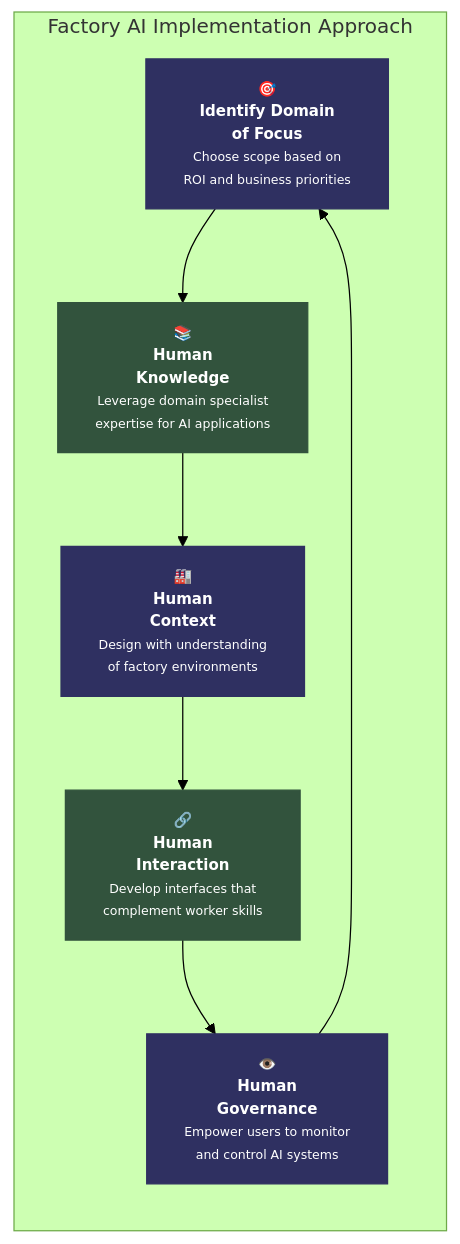
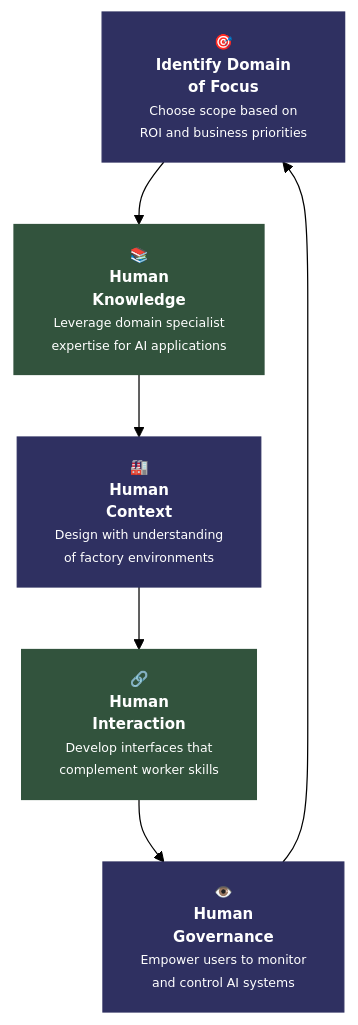
One commit to isaacGAIS/diagramLN changed the third of 3 diagrams in factory-ai-implementation-diagram.md. Above: the diagram before and after it, drawn with Mermaid (forest theme). The commit also changed other lines of this file, not shown here.

````diff
--- a/factory-ai-implementation-diagram.md
+++ b/factory-ai-implementation-diagram.md
@@ -60,28 +97,26 @@
 ```mermaid
-graph LR
-    subgraph "Factory AI Implementation Approach"
-        A["🎯<br/><b>Identify Domain<br/>of Focus</b><br/><small>Choose scope based on<br/>ROI and business priorities</small>"]
-        B["📚<br/><b>Human<br/>Knowledge</b><br/><small>Leverage domain specialist<br/>expertise for AI applications</small>"]
-        C["🏭<br/><b>Human<br/>Context</b><br/><small>Design with understanding<br/>of factory environments</small>"]
-        D["🔗<br/><b>Human<br/>Interaction</b><br/><small>Develop interfaces that<br/>complement worker skills</small>"]
-        E["👁️<br/><b>Human<br/>Governance</b><br/><small>Empower users to monitor<br/>and control AI systems</small>"]
-    end
+flowchart TD
+    A["🎯<br/><b>Identify Domain<br/>of Focus</b><br/><small>Choose scope based on<br/>ROI and business priorities</small>"]
+    B["📚<br/><b>Human<br/>Knowledge</b><br/><small>Leverage domain specialist<br/>expertise for AI applications</small>"]
+    C["🏭<br/><b>Human<br/>Context</b><br/><small>Design with understanding<br/>of factory environments</small>"]
+    D["🔗<br/><b>Human<br/>Interaction</b><br/><small>Develop interfaces that<br/>complement worker skills</small>"]
+    E["👁️<br/><b>Human<br/>Governance</b><br/><small>Empower users to monitor<br/>and control AI systems</small>"]
     
     A --> B
     B --> C
     C --> D
     D --> E
     E --> A
     
     classDef step1 fill:#2F3061,stroke:#2F3061,stroke-width:1px,color:#fff,font-size:12px
     classDef step2 fill:#32533D,stroke:#32533D,stroke-width:1px,color:#fff,font-size:12px
     classDef step3 fill:#2F3061,stroke:#2F3061,stroke-width:1px,color:#fff,font-size:12px
     classDef step4 fill:#32533D,stroke:#32533D,stroke-width:1px,color:#fff,font-size:12px
     classDef step5 fill:#2F3061,stroke:#2F3061,stroke-width:1px,color:#fff,font-size:12px
     
     class A step1
     class B step2
     class C step3
     class D step4
     class E step5
 ```
````
